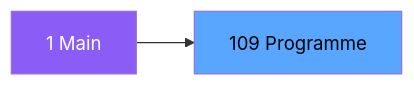
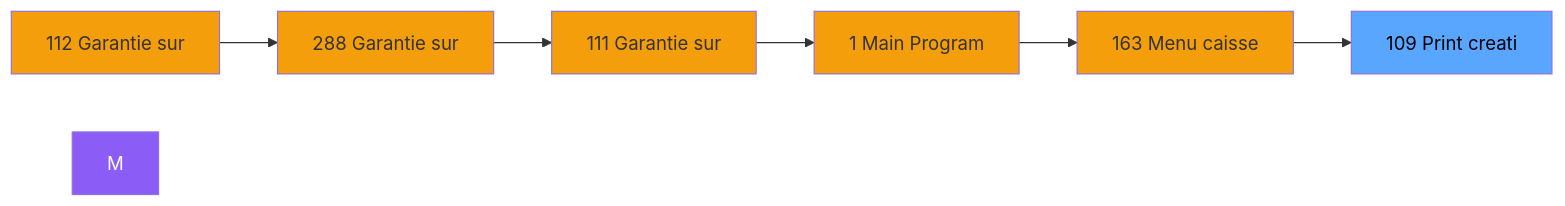
The second of 3 diagrams in .openspec/specs/ADH-IDE-109.md (thonyAGP/magic-migration), drawn with Mermaid before and after one commit. The commit also changed other lines of this file and 323 other files, not shown here.

````diff
--- a/.openspec/specs/ADH-IDE-109.md
+++ b/.openspec/specs/ADH-IDE-109.md
@@ -104,8 +122,21 @@
 ```mermaid
 graph LR
-    M[1 Main]
-    T[109 Programme]
-    M --> T
+    N112[112 Garantie sur]
+    N288[288 Garantie sur]
+    N111[111 Garantie sur]
+    N1[1 Main Program]
+    N163[163 Menu caisse ]
+    T[109 Print creati]
+    N112 --> N288
+    N288 --> N111
+    N111 --> N1
+    N1 --> N163
+    N163 --> T
     style M fill:#8b5cf6,color:#fff
+    style N112 fill:#f59e0b
+    style N288 fill:#f59e0b
+    style N111 fill:#f59e0b
+    style N1 fill:#f59e0b
+    style N163 fill:#f59e0b
     style T fill:#58a6ff,color:#000
 ```
````
